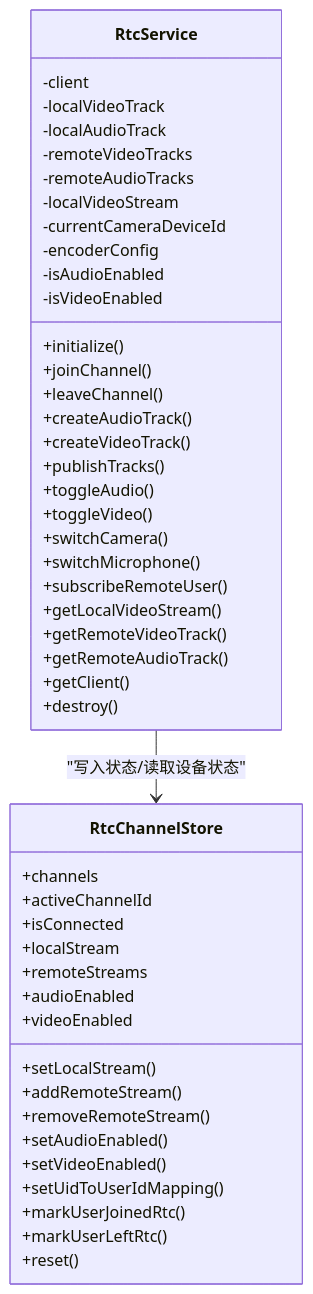
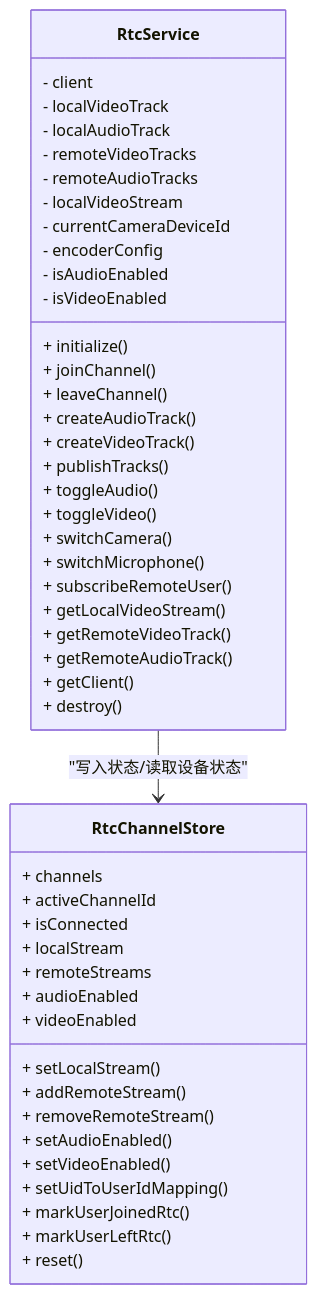
The fifth of 6 diagrams in .qoder/repowiki/zh/content/服务层/服务层.md (Easemob-Community/easemob-uikit-callkit-vue3), drawn with Mermaid before and after one commit. The commit also changed other lines of this file and 58 other files, not shown here.

````diff
--- a/.qoder/repowiki/zh/content/服务层/服务层.md
+++ b/.qoder/repowiki/zh/content/服务层/服务层.md
@@ -189,50 +288,50 @@
 ```mermaid
 classDiagram
 class RtcService {
--client
--localVideoTrack
--localAudioTrack
--remoteVideoTracks
--remoteAudioTracks
--localVideoStream
--currentCameraDeviceId
--encoderConfig
--isAudioEnabled
--isVideoEnabled
-+initialize()
-+joinChannel()
-+leaveChannel()
-+createAudioTrack()
-+createVideoTrack()
-+publishTracks()
-+toggleAudio()
-+toggleVideo()
-+switchCamera()
-+switchMicrophone()
-+subscribeRemoteUser()
-+getLocalVideoStream()
-+getRemoteVideoTrack()
-+getRemoteAudioTrack()
-+getClient()
-+destroy()
+- client
+- localVideoTrack
+- localAudioTrack
+- remoteVideoTracks
+- remoteAudioTracks
+- localVideoStream
+- currentCameraDeviceId
+- encoderConfig
+- isAudioEnabled
+- isVideoEnabled
++ initialize()
++ joinChannel()
++ leaveChannel()
++ createAudioTrack()
++ createVideoTrack()
++ publishTracks()
++ toggleAudio()
++ toggleVideo()
++ switchCamera()
++ switchMicrophone()
++ subscribeRemoteUser()
++ getLocalVideoStream()
++ getRemoteVideoTrack()
++ getRemoteAudioTrack()
++ getClient()
++ destroy()
 }
 class RtcChannelStore {
-+channels
-+activeChannelId
-+isConnected
-+localStream
-+remoteStreams
-+audioEnabled
-+videoEnabled
-+setLocalStream()
-+addRemoteStream()
-+removeRemoteStream()
-+setAudioEnabled()
-+setVideoEnabled()
-+setUidToUserIdMapping()
-+markUserJoinedRtc()
-+markUserLeftRtc()
-+reset()
++ channels
++ activeChannelId
++ isConnected
++ localStream
++ remoteStreams
++ audioEnabled
++ videoEnabled
++ setLocalStream()
++ addRemoteStream()
++ removeRemoteStream()
++ setAudioEnabled()
++ setVideoEnabled()
++ setUidToUserIdMapping()
++ markUserJoinedRtc()
++ markUserLeftRtc()
++ reset()
 }
 RtcService --> RtcChannelStore : "写入状态/读取设备状态"
 ```
````
